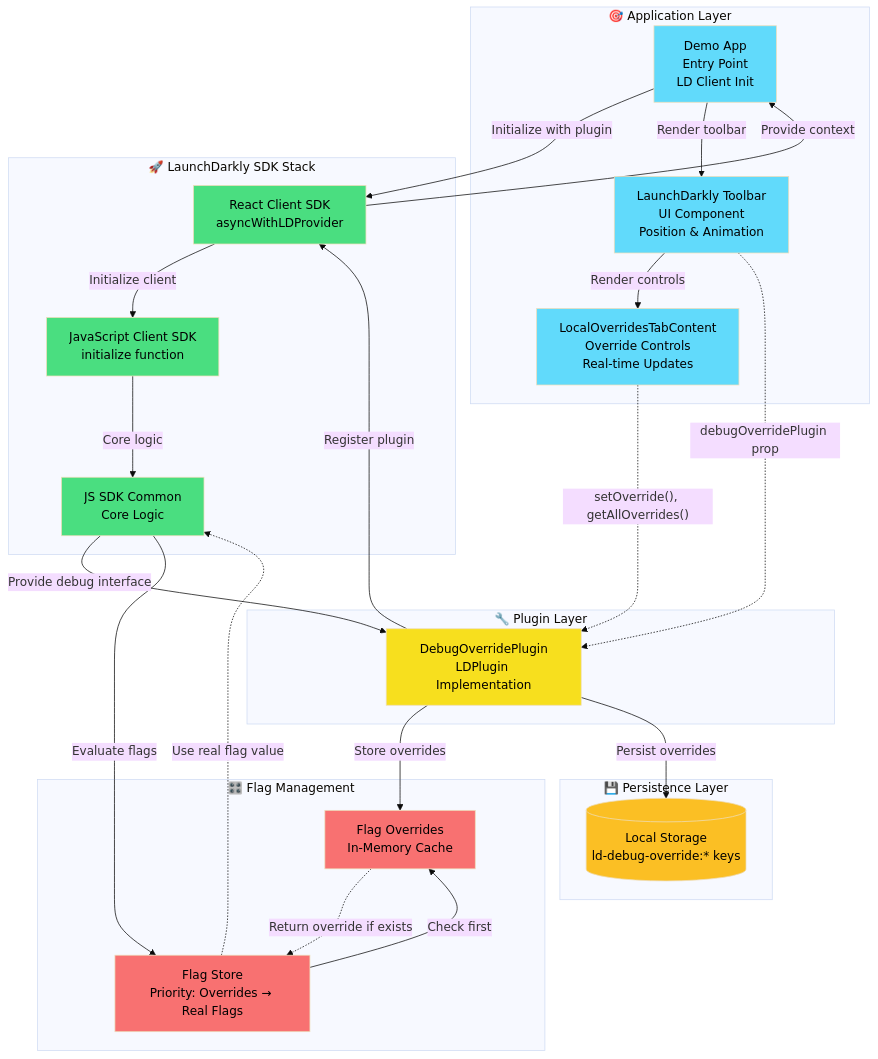
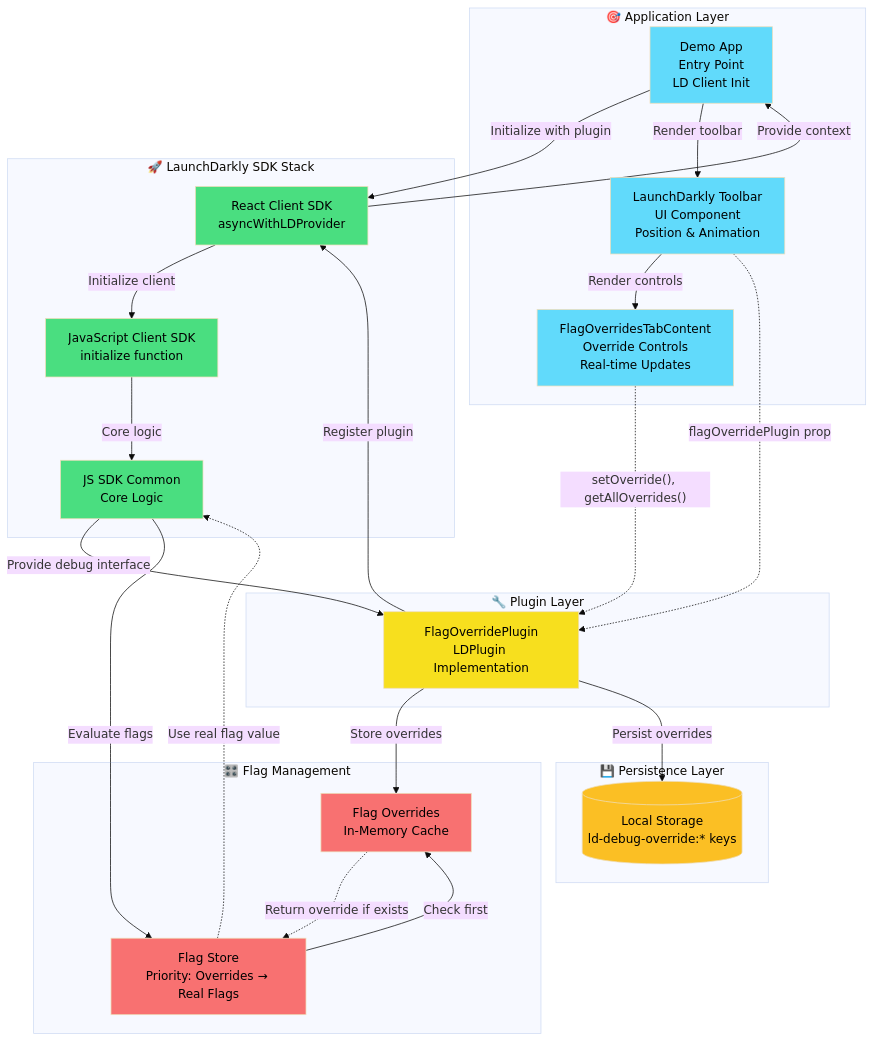
One commit to launchdarkly/launchdarkly-toolbar changed the diagram in docs/plugin-architecture.mermaid. Above: the diagram before and after it, drawn with Mermaid (base theme). The commit also changed 39 other files, not shown here.

```diff
--- a/docs/plugin-architecture.mermaid
+++ b/docs/plugin-architecture.mermaid
@@ -1,73 +1,73 @@
 graph TB
     %% Main Components
     subgraph "🎯 Application Layer"
         App[Demo App<br/>Entry Point<br/>LD Client Init]
         Toolbar[LaunchDarkly Toolbar<br/>UI Component<br/>Position & Animation]
-        TabContent[LocalOverridesTabContent<br/>Override Controls<br/>Real-time Updates]
+        TabContent[FlagOverridesTabContent<br/>Override Controls<br/>Real-time Updates]
     end
 
     subgraph "🔧 Plugin Layer"
-        DebugPlugin[DebugOverridePlugin<br/>LDPlugin Implementation]
+        DebugPlugin[FlagOverridePlugin<br/>LDPlugin Implementation]
     end
 
     subgraph "🚀 LaunchDarkly SDK Stack"
         ReactSDK[React Client SDK<br/>asyncWithLDProvider]
         JSSDK[JavaScript Client SDK<br/>initialize function]
         CommonSDK[JS SDK Common<br/>Core Logic]
     end
 
     subgraph "🎛️ Flag Management"
         FlagStore[Flag Store<br/>Priority: Overrides → Real Flags]
         OverrideStore[Flag Overrides<br/>In-Memory Cache]
     end
 
     subgraph "💾 Persistence Layer"
         LocalStorage[(Local Storage<br/>ld-debug-override:* keys)]
     end
 
 
 
     %% 🔄 Plugin Registration & Initialization
     App -->|Initialize with plugin| ReactSDK
     ReactSDK -->|Initialize client| JSSDK
     JSSDK -->|Core logic| CommonSDK
     DebugPlugin -->|Register plugin| ReactSDK
 
     %% 🔧 Debug Interface Handshake
     CommonSDK -->|Provide debug interface| DebugPlugin
     DebugPlugin -->|Store overrides| OverrideStore
 
     %% 🎨 Client Flow (JS SDK)
     ReactSDK -->|Provide context| App
     App -->|Render toolbar| Toolbar
     Toolbar -->|Render controls| TabContent
 
     %% ⚡ Direct Plugin Integration
-    Toolbar -.->|debugOverridePlugin prop| DebugPlugin
+    Toolbar -.->|flagOverridePlugin prop| DebugPlugin
     TabContent -.->|"setOverride(), getAllOverrides()"| DebugPlugin
 
 
 
     %% 💾 Storage Management
     DebugPlugin -->|Persist overrides| LocalStorage
 
     %% 🎯 Flag Evaluation Priority
     CommonSDK -->|Evaluate flags| FlagStore
     FlagStore -->|Check first| OverrideStore
     OverrideStore -.->|Return override if exists| FlagStore
     FlagStore -.->|Use real flag value| CommonSDK
 
 
 
     %% Styling
     classDef app fill:#61dafb,color:black
     classDef plugin fill:#f7df1e,color:black
     classDef sdk fill:#4ade80,color:black
     classDef storage fill:#fbbf24,color:black
     classDef flags fill:#f87171,color:black
 
     class App,Toolbar,TabContent app
     class DebugPlugin plugin
     class ReactSDK,JSSDK,CommonSDK sdk
     class FlagStore,OverrideStore flags
     class LocalStorage storage
```
